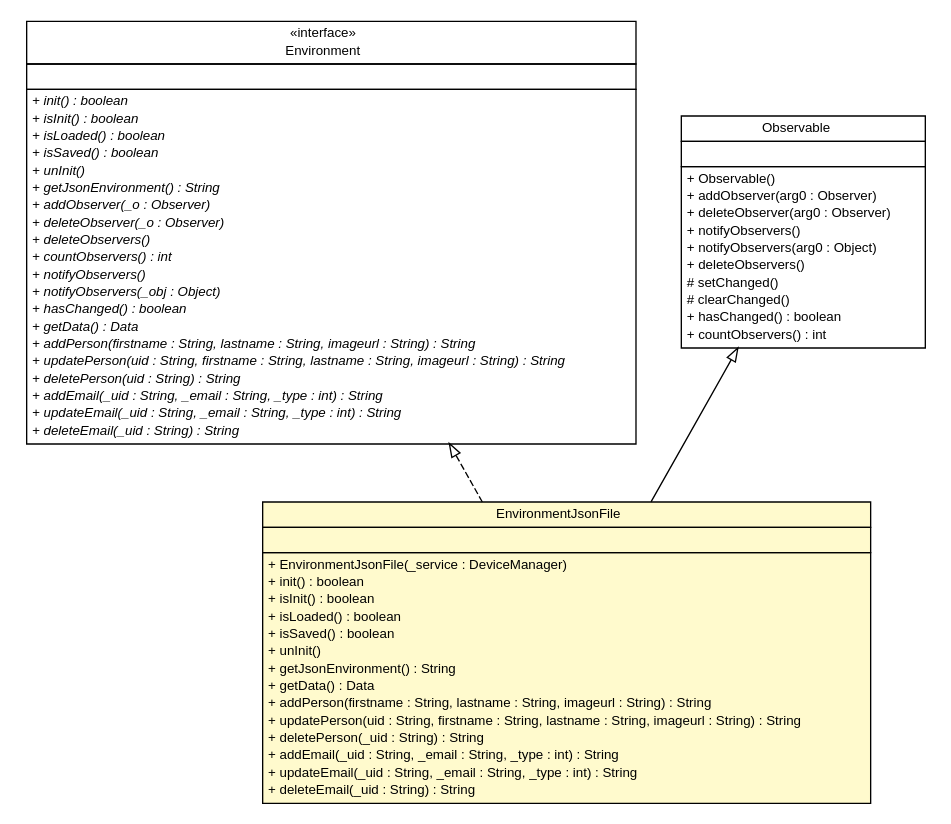
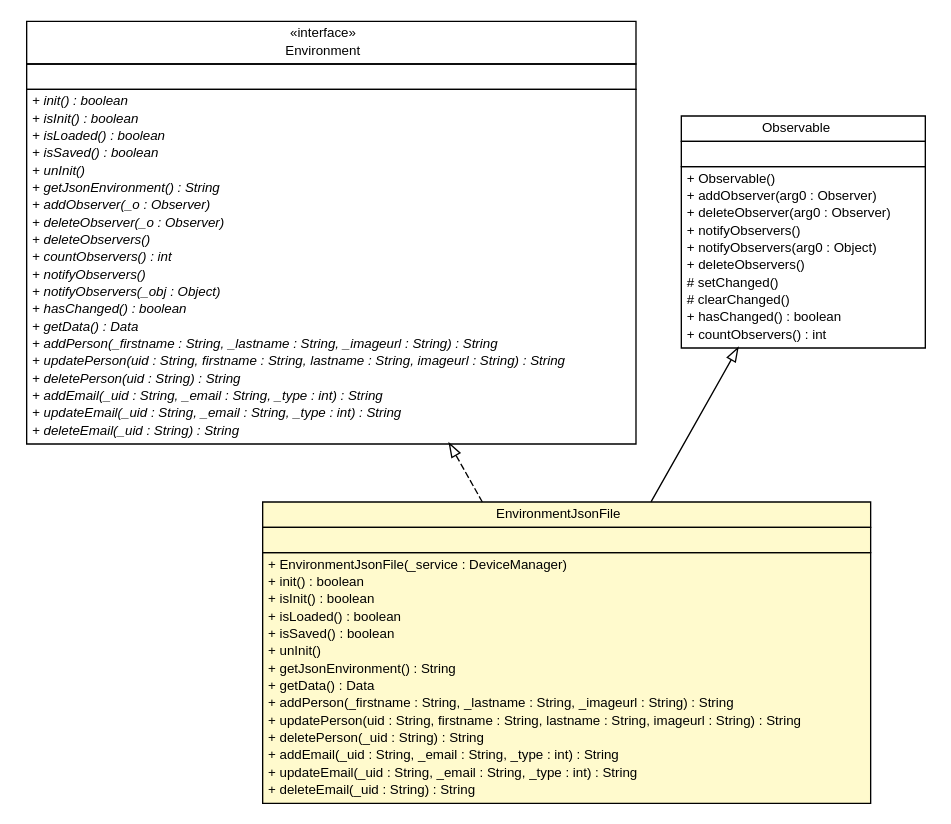
The diagram in javadoc/coreserver/com/connectlife/coreserver/environment/EnvironmentJsonFile.dot (ericpinet/ConnectLife), drawn with Graphviz before and after one commit. The commit also changed 217 other files, not shown here.

```diff
--- a/javadoc/coreserver/com/connectlife/coreserver/environment/EnvironmentJsonFile.dot
+++ b/javadoc/coreserver/com/connectlife/coreserver/environment/EnvironmentJsonFile.dot
@@ -1,94 +1,94 @@
 #!/usr/local/bin/dot
 #
 # Class diagram 
 # Generated by UMLGraph version 5.1 (http://www.umlgraph.org/)
 #
 
 digraph G {
 	edge [fontname="Helvetica",fontsize=10,labelfontname="Helvetica",labelfontsize=10];
 	node [fontname="Helvetica",fontsize=10,shape=plaintext];
 	nodesep=0.25;
 	ranksep=0.5;
 	// com.connectlife.coreserver.environment.Environment
 	c1176 [label=<<table title="com.connectlife.coreserver.environment.Environment" border="0" cellborder="1" cellspacing="0" cellpadding="2" port="p" href="./Environment.html">
 		<tr><td><table border="0" cellspacing="0" cellpadding="1">
 <tr><td align="center" balign="center"> &#171;interface&#187; </td></tr>
 <tr><td align="center" balign="center"> Environment </td></tr>
 		</table></td></tr>
 		<tr><td><table border="0" cellspacing="0" cellpadding="1">
 <tr><td align="left" balign="left">  </td></tr>
 		</table></td></tr>
 		<tr><td><table border="0" cellspacing="0" cellpadding="1">
 <tr><td align="left" balign="left"><font face="Helvetica-Oblique" point-size="10.0"> + init() : boolean </font></td></tr>
 <tr><td align="left" balign="left"><font face="Helvetica-Oblique" point-size="10.0"> + isInit() : boolean </font></td></tr>
 <tr><td align="left" balign="left"><font face="Helvetica-Oblique" point-size="10.0"> + isLoaded() : boolean </font></td></tr>
 <tr><td align="left" balign="left"><font face="Helvetica-Oblique" point-size="10.0"> + isSaved() : boolean </font></td></tr>
 <tr><td align="left" balign="left"><font face="Helvetica-Oblique" point-size="10.0"> + unInit() </font></td></tr>
 <tr><td align="left" balign="left"><font face="Helvetica-Oblique" point-size="10.0"> + getJsonEnvironment() : String </font></td></tr>
 <tr><td align="left" balign="left"><font face="Helvetica-Oblique" point-size="10.0"> + addObserver(_o : Observer) </font></td></tr>
 <tr><td align="left" balign="left"><font face="Helvetica-Oblique" point-size="10.0"> + deleteObserver(_o : Observer) </font></td></tr>
 <tr><td align="left" balign="left"><font face="Helvetica-Oblique" point-size="10.0"> + deleteObservers() </font></td></tr>
 <tr><td align="left" balign="left"><font face="Helvetica-Oblique" point-size="10.0"> + countObservers() : int </font></td></tr>
 <tr><td align="left" balign="left"><font face="Helvetica-Oblique" point-size="10.0"> + notifyObservers() </font></td></tr>
 <tr><td align="left" balign="left"><font face="Helvetica-Oblique" point-size="10.0"> + notifyObservers(_obj : Object) </font></td></tr>
 <tr><td align="left" balign="left"><font face="Helvetica-Oblique" point-size="10.0"> + hasChanged() : boolean </font></td></tr>
 <tr><td align="left" balign="left"><font face="Helvetica-Oblique" point-size="10.0"> + getData() : Data </font></td></tr>
-<tr><td align="left" balign="left"><font face="Helvetica-Oblique" point-size="10.0"> + addPerson(firstname : String, lastname : String, imageurl : String) : String </font></td></tr>
+<tr><td align="left" balign="left"><font face="Helvetica-Oblique" point-size="10.0"> + addPerson(_firstname : String, _lastname : String, _imageurl : String) : String </font></td></tr>
 <tr><td align="left" balign="left"><font face="Helvetica-Oblique" point-size="10.0"> + updatePerson(uid : String, firstname : String, lastname : String, imageurl : String) : String </font></td></tr>
 <tr><td align="left" balign="left"><font face="Helvetica-Oblique" point-size="10.0"> + deletePerson(uid : String) : String </font></td></tr>
 <tr><td align="left" balign="left"><font face="Helvetica-Oblique" point-size="10.0"> + addEmail(_uid : String, _email : String, _type : int) : String </font></td></tr>
 <tr><td align="left" balign="left"><font face="Helvetica-Oblique" point-size="10.0"> + updateEmail(_uid : String, _email : String, _type : int) : String </font></td></tr>
 <tr><td align="left" balign="left"><font face="Helvetica-Oblique" point-size="10.0"> + deleteEmail(_uid : String) : String </font></td></tr>
 		</table></td></tr>
 		</table>>, fontname="Helvetica", fontcolor="black", fontsize=10.0];
 	// com.connectlife.coreserver.environment.EnvironmentJsonFile
 	c1179 [label=<<table title="com.connectlife.coreserver.environment.EnvironmentJsonFile" border="0" cellborder="1" cellspacing="0" cellpadding="2" port="p" bgcolor="lemonChiffon" href="./EnvironmentJsonFile.html">
 		<tr><td><table border="0" cellspacing="0" cellpadding="1">
 <tr><td align="center" balign="center"> EnvironmentJsonFile </td></tr>
 		</table></td></tr>
 		<tr><td><table border="0" cellspacing="0" cellpadding="1">
 <tr><td align="left" balign="left">  </td></tr>
 		</table></td></tr>
 		<tr><td><table border="0" cellspacing="0" cellpadding="1">
 <tr><td align="left" balign="left"> + EnvironmentJsonFile(_service : DeviceManager) </td></tr>
 <tr><td align="left" balign="left"> + init() : boolean </td></tr>
 <tr><td align="left" balign="left"> + isInit() : boolean </td></tr>
 <tr><td align="left" balign="left"> + isLoaded() : boolean </td></tr>
 <tr><td align="left" balign="left"> + isSaved() : boolean </td></tr>
 <tr><td align="left" balign="left"> + unInit() </td></tr>
 <tr><td align="left" balign="left"> + getJsonEnvironment() : String </td></tr>
 <tr><td align="left" balign="left"> + getData() : Data </td></tr>
-<tr><td align="left" balign="left"> + addPerson(firstname : String, lastname : String, imageurl : String) : String </td></tr>
+<tr><td align="left" balign="left"> + addPerson(_firstname : String, _lastname : String, _imageurl : String) : String </td></tr>
 <tr><td align="left" balign="left"> + updatePerson(uid : String, firstname : String, lastname : String, imageurl : String) : String </td></tr>
 <tr><td align="left" balign="left"> + deletePerson(_uid : String) : String </td></tr>
 <tr><td align="left" balign="left"> + addEmail(_uid : String, _email : String, _type : int) : String </td></tr>
 <tr><td align="left" balign="left"> + updateEmail(_uid : String, _email : String, _type : int) : String </td></tr>
 <tr><td align="left" balign="left"> + deleteEmail(_uid : String) : String </td></tr>
 		</table></td></tr>
 		</table>>, fontname="Helvetica", fontcolor="black", fontsize=10.0];
 	//com.connectlife.coreserver.environment.EnvironmentJsonFile extends java.util.Observable
 	c1204:p -> c1179:p [dir=back,arrowtail=empty];
 	//com.connectlife.coreserver.environment.EnvironmentJsonFile implements com.connectlife.coreserver.environment.Environment
 	c1176:p -> c1179:p [dir=back,arrowtail=empty,style=dashed];
 	// java.util.Observable
 	c1204 [label=<<table title="java.util.Observable" border="0" cellborder="1" cellspacing="0" cellpadding="2" port="p" href="http://java.sun.com/j2se/1.4.2/docs/api/java/util/Observable.html">
 		<tr><td><table border="0" cellspacing="0" cellpadding="1">
 <tr><td align="center" balign="center"> Observable </td></tr>
 		</table></td></tr>
 		<tr><td><table border="0" cellspacing="0" cellpadding="1">
 <tr><td align="left" balign="left">  </td></tr>
 		</table></td></tr>
 		<tr><td><table border="0" cellspacing="0" cellpadding="1">
 <tr><td align="left" balign="left"> + Observable() </td></tr>
 <tr><td align="left" balign="left"> + addObserver(arg0 : Observer) </td></tr>
 <tr><td align="left" balign="left"> + deleteObserver(arg0 : Observer) </td></tr>
 <tr><td align="left" balign="left"> + notifyObservers() </td></tr>
 <tr><td align="left" balign="left"> + notifyObservers(arg0 : Object) </td></tr>
 <tr><td align="left" balign="left"> + deleteObservers() </td></tr>
 <tr><td align="left" balign="left"> # setChanged() </td></tr>
 <tr><td align="left" balign="left"> # clearChanged() </td></tr>
 <tr><td align="left" balign="left"> + hasChanged() : boolean </td></tr>
 <tr><td align="left" balign="left"> + countObservers() : int </td></tr>
 		</table></td></tr>
 		</table>>, fontname="Helvetica", fontcolor="black", fontsize=10.0];
 }
```
